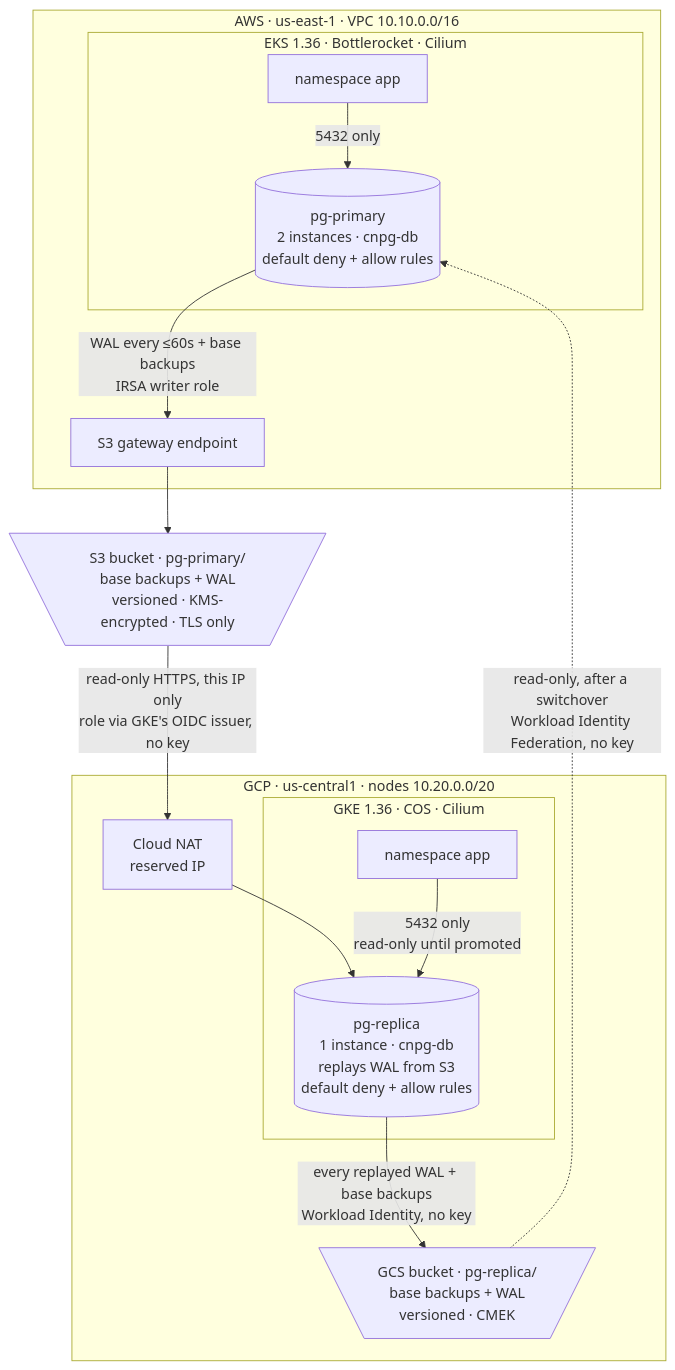
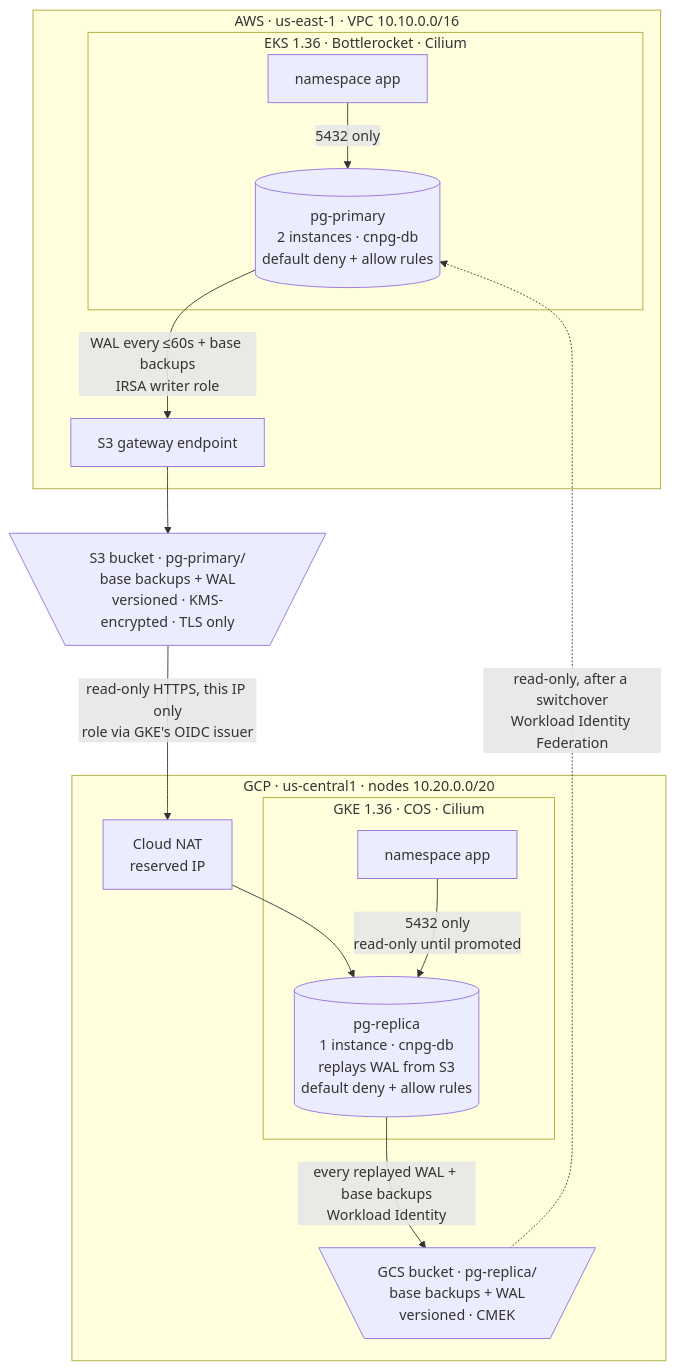
Before and after one commit to william-stewart/poc-multicloud-postgres: the diagram in README.md, drawn with Mermaid.

Commit message:
docs(readme): drop "no key" from the diagram's edges
It meant no long-lived service account key, but next to bucket and
encryption labels it read as no encryption key. The design notes explain
the keyless identities.

````diff
--- a/README.md
+++ b/README.md
@@ -12,30 +12,30 @@
 ```mermaid
 flowchart TB
   subgraph AWS["AWS · us-east-1 · VPC 10.10.0.0/16"]
     subgraph EKS["EKS 1.36 · Bottlerocket · Cilium"]
       app["namespace app"]
       primary[("pg-primary<br/>2 instances · cnpg-db<br/>default deny + allow rules")]
     end
     vpce["S3 gateway endpoint"]
   end
 
   s3[\"S3 bucket · pg-primary/<br/>base backups + WAL<br/>versioned · KMS-encrypted · TLS only"/]
 
   subgraph GCP["GCP · us-central1 · nodes 10.20.0.0/20"]
     subgraph GKE["GKE 1.36 · COS · Cilium"]
       app2["namespace app"]
       replica[("pg-replica<br/>1 instance · cnpg-db<br/>replays WAL from S3<br/>default deny + allow rules")]
     end
     nat["Cloud NAT<br/>reserved IP"]
     gcs[\"GCS bucket · pg-replica/<br/>base backups + WAL<br/>versioned · CMEK"/]
   end
 
   app -- "5432 only" --> primary
   primary -- "WAL every ≤60s + base backups<br/>IRSA writer role" --> vpce
   vpce --> s3
-  s3 -- "read-only HTTPS, this IP only<br/>role via GKE's OIDC issuer, no key" --> nat
+  s3 -- "read-only HTTPS, this IP only<br/>role via GKE's OIDC issuer" --> nat
   nat --> replica
-  replica -- "every replayed WAL + base backups<br/>Workload Identity, no key" --> gcs
+  replica -- "every replayed WAL + base backups<br/>Workload Identity" --> gcs
   app2 -- "5432 only<br/>read-only until promoted" --> replica
-  gcs -. "read-only, after a switchover<br/>Workload Identity Federation, no key" .-> primary
+  gcs -. "read-only, after a switchover<br/>Workload Identity Federation" .-> primary
 ```
````
